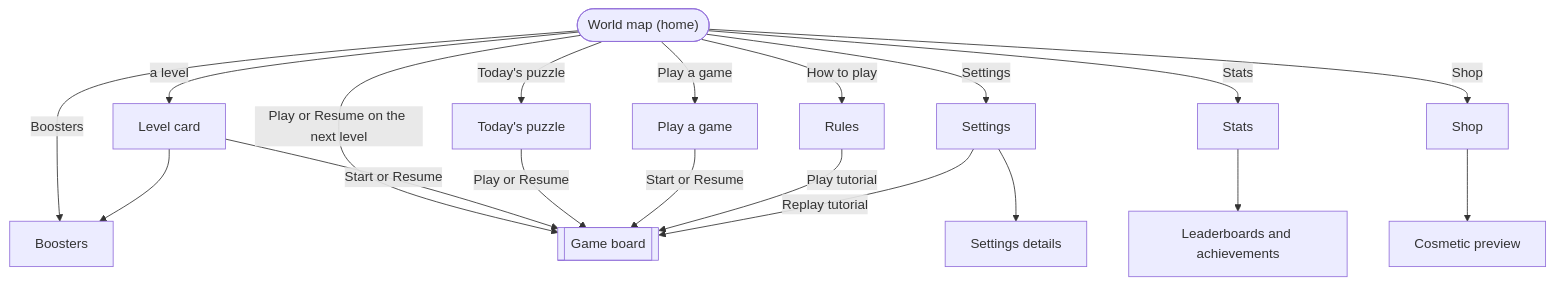
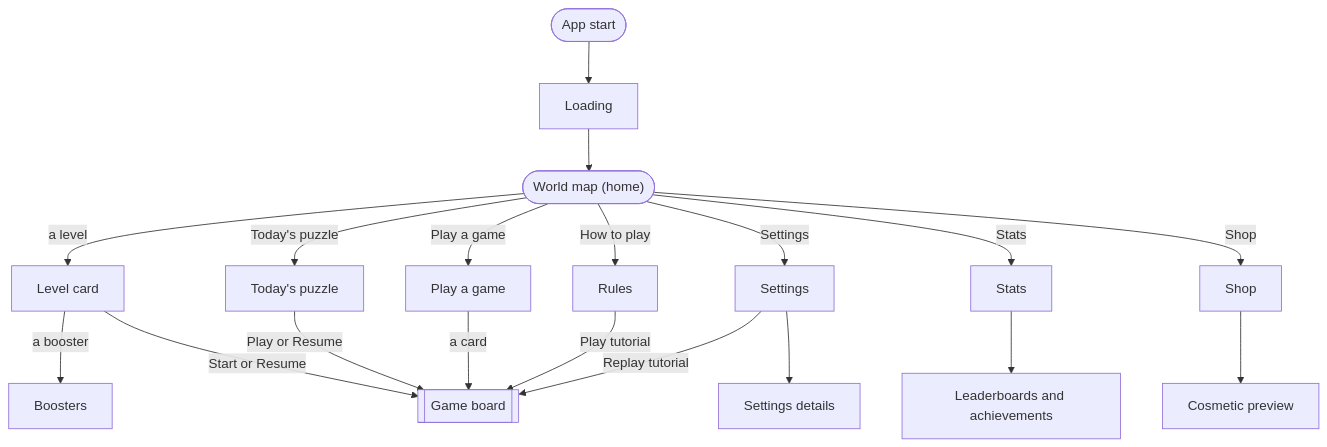
The first of 3 diagrams in docs/design/flows.md (Pavelya/dots), drawn with Mermaid before and after one commit. The commit also changed other lines of this file, not shown here.

````diff
--- a/docs/design/flows.md
+++ b/docs/design/flows.md
@@ -29,36 +32,38 @@
 ```mermaid
 flowchart TD
+    start(["App start"])
+    loading["Loading"]
     map(["World map (home)"])
     card["Level card"]
     boosters["Boosters"]
     daily["Today's puzzle"]
     play["Play a game"]
     rules["Rules"]
     settings["Settings"]
     details["Settings details"]
     stats["Stats"]
     ranks["Leaderboards and achievements"]
     shop["Shop"]
     preview["Cosmetic preview"]
     board[["Game board"]]
 
+    start --> loading
+    loading --> map
     map -->|"a level"| card
-    map -->|"Play or Resume on the next level"| board
     map -->|"Today's puzzle"| daily
     map -->|"Play a game"| play
     map -->|"How to play"| rules
-    map -->|"Boosters"| boosters
     map -->|"Settings"| settings
     map -->|"Stats"| stats
     map -->|"Shop"| shop
 
-    card --> boosters
+    card -->|"a booster"| boosters
     card -->|"Start or Resume"| board
     daily -->|"Play or Resume"| board
-    play -->|"Start or Resume"| board
+    play -->|"a card"| board
     rules -->|"Play tutorial"| board
     settings -->|"Replay tutorial"| board
     settings --> details
     stats --> ranks
     shop --> preview
 ```
````
